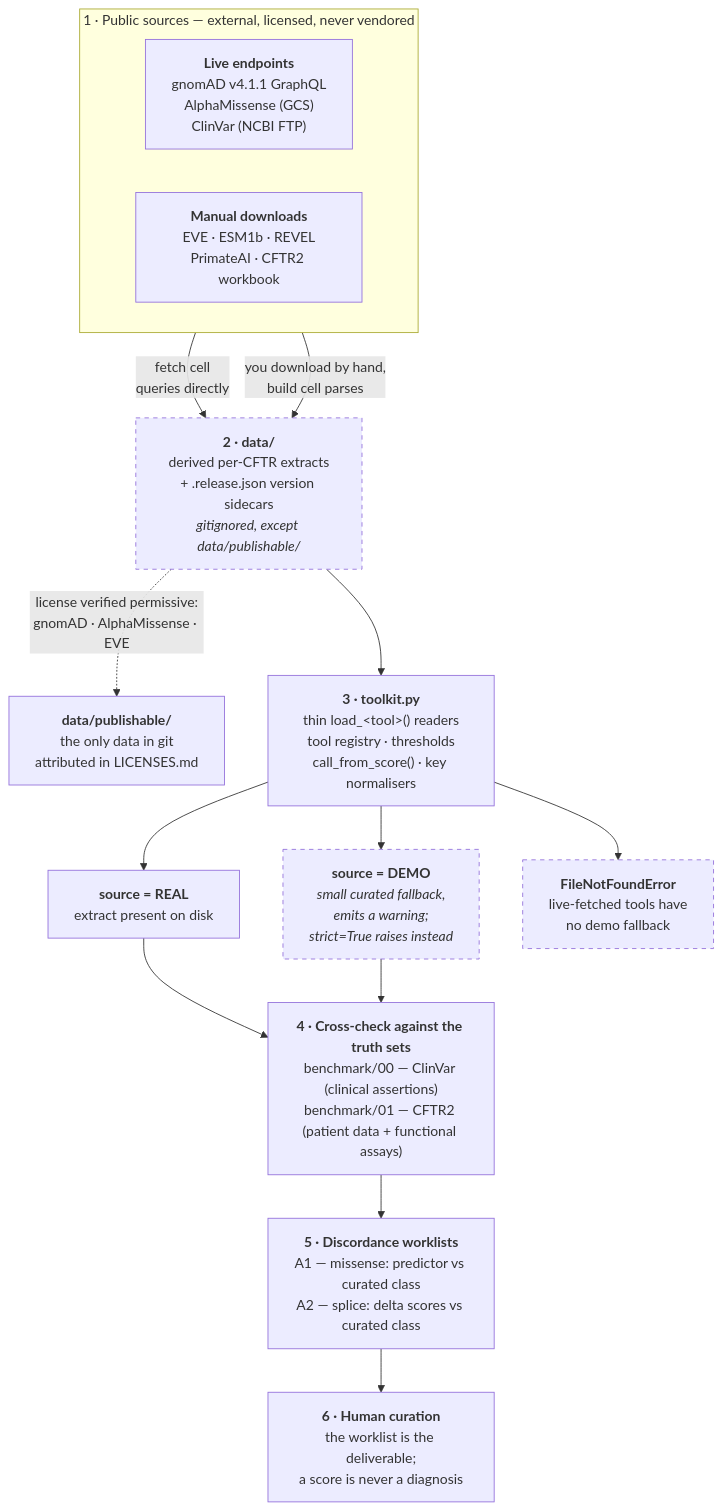
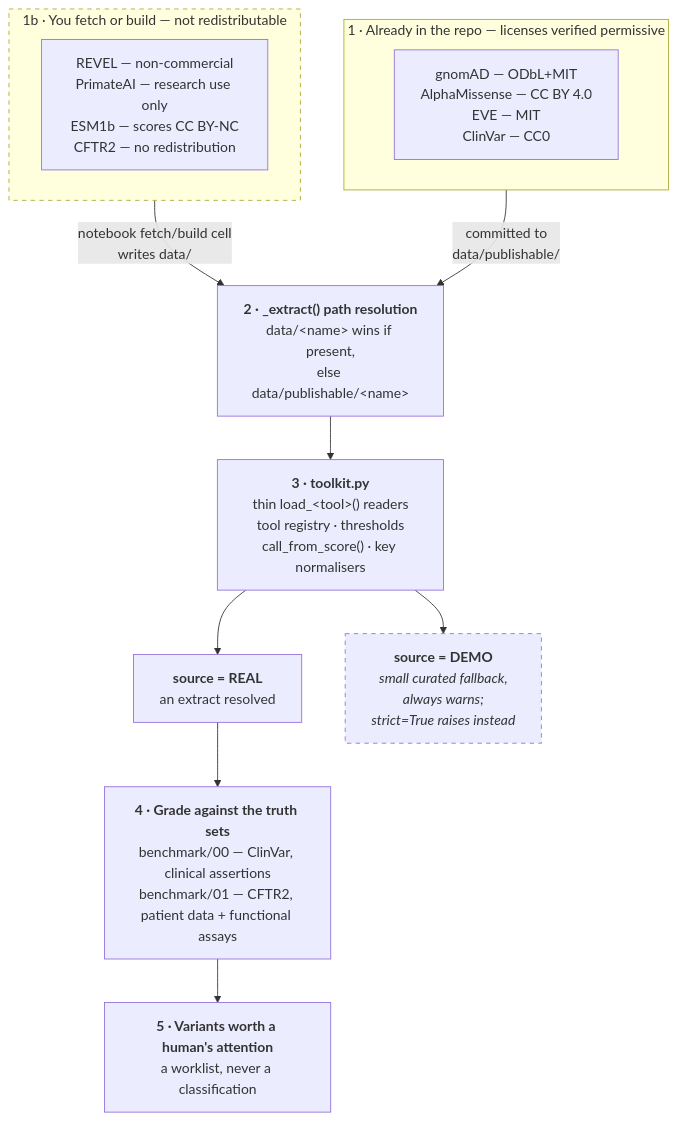
One commit to EvanWu19/cftr-variant-toolkit changed the diagram in docs/architecture.md. Above: the diagram before and after it, drawn with Mermaid. The commit also changed other lines of this file and 14 other files, not shown here.

````diff
--- a/docs/architecture.md
+++ b/docs/architecture.md
@@ -8,35 +7,29 @@
 ```mermaid
 flowchart TB
-    subgraph SRC["1 · Public sources — external, licensed, never vendored"]
+    subgraph A["1 · Already in the repo — licenses verified permissive"]
         direction LR
-        S1["<b>Live endpoints</b><br/>gnomAD v4.1.1 GraphQL<br/>AlphaMissense (GCS)<br/>ClinVar (NCBI FTP)"]
-        S2["<b>Manual downloads</b><br/>EVE · ESM1b · REVEL<br/>PrimateAI · CFTR2 workbook"]
+        P1["gnomAD — ODbL+MIT<br/>AlphaMissense — CC BY 4.0<br/>EVE — MIT<br/>ClinVar — CC0"]
     end
 
-    S1 -->|"fetch cell<br/>queries directly"| D
-    S2 -->|"you download by hand,<br/>build cell parses"| D
+    subgraph B["1b · You fetch or build — not redistributable"]
+        direction LR
+        P2["REVEL — non-commercial<br/>PrimateAI — research use only<br/>ESM1b — scores CC BY-NC<br/>CFTR2 — no redistribution"]
+    end
 
-    D["<b>2 · data/</b><br/>derived per-CFTR extracts<br/>+ .release.json version sidecars<br/><i>gitignored, except data/publishable/</i>"]
+    P1 -->|"committed to<br/>data/publishable/"| R
+    P2 -->|"notebook fetch/build cell<br/>writes data/"| R
 
-    D -.->|"license verified permissive:<br/>gnomAD · AlphaMissense · EVE"| PUB
-    PUB["<b>data/publishable/</b><br/>the only data in git<br/>attributed in LICENSES.md"]
+    R["<b>2 · _extract() path resolution</b><br/>data/&lt;name&gt; wins if present,<br/>else data/publishable/&lt;name&gt;"]
 
-    D --> TK["<b>3 · toolkit.py</b><br/>thin load_&lt;tool&gt;() readers<br/>tool registry · thresholds<br/>call_from_score() · key normalisers"]
+    R --> TK["<b>3 · toolkit.py</b><br/>thin load_&lt;tool&gt;() readers<br/>tool registry · thresholds<br/>call_from_score() · key normalisers"]
 
-    TK --> REAL["<b>source = REAL</b><br/>extract present on disk"]
-    TK --> DEMO["<b>source = DEMO</b><br/><i>small curated fallback,<br/>emits a warning;<br/>strict=True raises instead</i>"]
-    TK --> ERR["<b>FileNotFoundError</b><br/>live-fetched tools have<br/>no demo fallback"]
+    TK --> REAL["<b>source = REAL</b><br/>an extract resolved"]
+    TK --> DEMO["<b>source = DEMO</b><br/><i>small curated fallback,<br/>always warns;<br/>strict=True raises instead</i>"]
 
-    REAL --> X
-    DEMO --> X
+    REAL --> X["<b>4 · Grade against the truth sets</b><br/>benchmark/00 — ClinVar, clinical assertions<br/>benchmark/01 — CFTR2, patient data + functional assays"]
 
-    X["<b>4 · Cross-check against the truth sets</b><br/>benchmark/00 — ClinVar (clinical assertions)<br/>benchmark/01 — CFTR2 (patient data + functional assays)"]
+    X --> W["<b>5 · Variants worth a human's attention</b><br/>a worklist, never a classification"]
 
-    X --> W["<b>5 · Discordance worklists</b><br/>A1 — missense: predictor vs curated class<br/>A2 — splice: delta scores vs curated class"]
-
-    W --> H["<b>6 · Human curation</b><br/>the worklist is the deliverable;<br/>a score is never a diagnosis"]
-
-    style D stroke-dasharray: 5 5
     style DEMO stroke-dasharray: 5 5
-    style ERR stroke-dasharray: 5 5
+    style B stroke-dasharray: 5 5
 ```
````
